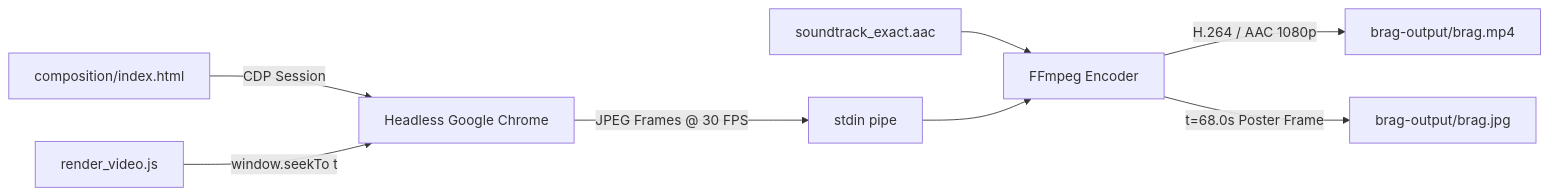
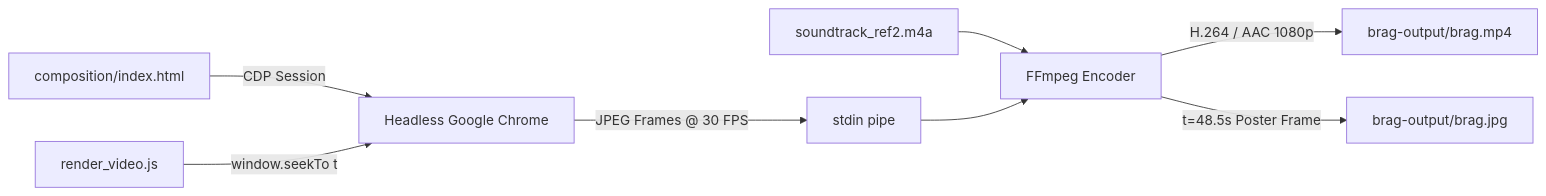
The diagram in README.md (MdKasif0/iWriteTech-Video), drawn with Mermaid before and after one commit. The commit also changed other lines of this file and 4 other files, not shown here.

````diff
--- a/README.md
+++ b/README.md
@@ -77,10 +94,10 @@
 ```mermaid
 graph LR
     HTML[composition/index.html] -->|CDP Session| Chrome[Headless Google Chrome]
     Script[render_video.js] -->|window.seekTo t | Chrome
     Chrome -->|JPEG Frames @ 30 FPS| Pipe[stdin pipe]
-    Audio[soundtrack_exact.aac] --> FFmpeg[FFmpeg Encoder]
+    Audio[soundtrack_ref2.m4a] --> FFmpeg[FFmpeg Encoder]
     Pipe --> FFmpeg
     FFmpeg -->|H.264 / AAC 1080p| MP4[brag-output/brag.mp4]
-    FFmpeg -->|t=68.0s Poster Frame| Poster[brag-output/brag.jpg]
+    FFmpeg -->|t=48.5s Poster Frame| Poster[brag-output/brag.jpg]
 ```
````
